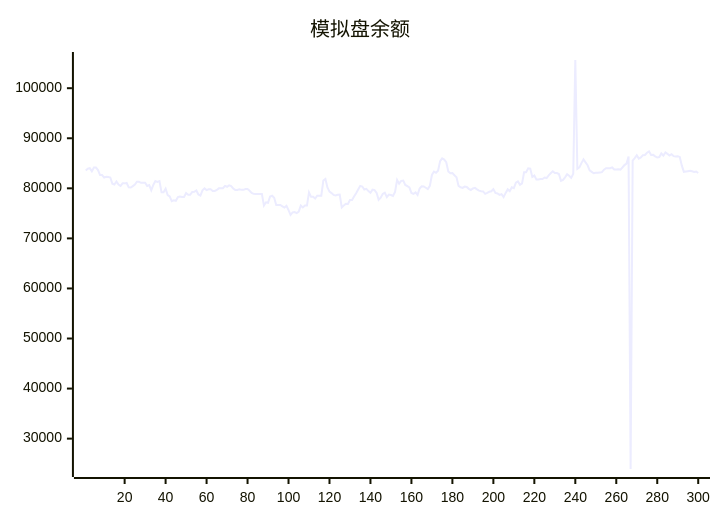
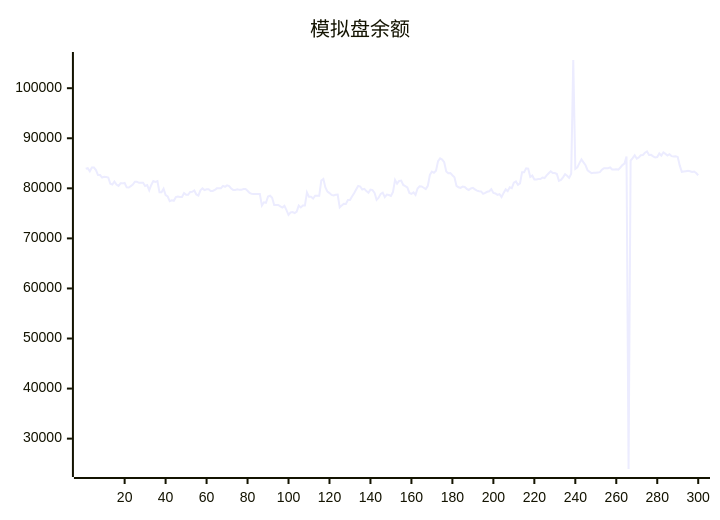
One commit to aahl/ai-trading changed the diagram in README.md. Above: the diagram before and after it, drawn with Mermaid. The commit also changed other lines of this file and 1 other file, not shown here.

````diff
--- a/README.md
+++ b/README.md
@@ -5,5 +5,5 @@
 ```mermaid
 xychart
     title "模拟盘余额"
-    line [83579,83920,84037,83402,84160,84142,83652,82655,82655,82145,82315,82243,82163,80934,80770,81371,80742,80468,80989,80989,81067,80191,80155,80450,80737,81309,81309,81106,81119,81119,80471,80631,79624,80670,81448,81290,81429,79212,79222,79940,78643,78380,77432,77623,77504,78235,78358,78284,78277,79048,78714,78714,79290,79308,79567,78763,78563,79603,79988,79652,79813,79813,79476,79469,79673,79995,80015,80015,80486,80314,80600,80436,79966,79689,79689,79819,79692,79692,79850,79850,79518,79071,78889,78850,78850,78878,78878,76554,77202,77103,78357,78510,78106,76678,76677,76672,76411,76159,76485,75656,74695,75197,75246,75052,75334,76564,76179,76553,76551,79196,78300,78300,77944,78531,78531,78521,81564,81884,80160,79335,79055,78675,78580,78708,78764,76179,76586,76902,76876,77658,77669,78346,79023,79769,80497,80366,79761,79896,79448,79126,79749,79658,79097,77695,78114,78888,79126,78249,78738,78653,78478,79271,81680,80923,81488,81527,80681,80455,80190,79084,78879,79193,78686,79954,80403,80374,80118,79848,80491,82665,83351,83098,83525,85430,85983,85737,85221,83378,83014,83043,82613,82216,80477,80208,80081,80348,80277,79894,79670,79965,80093,79786,79542,79406,79371,78893,79087,79304,79406,79841,79072,78978,78696,78846,78272,79085,79787,79442,80198,80031,81120,81379,80718,80985,83214,83212,83993,83921,82270,82547,81776,81776,81866,81866,82158,82061,82596,83000,83408,83041,83050,82858,81503,81691,82188,82812,82517,82092,82901,105633,83898,84180,85030,85781,85178,84604,83569,83298,83008,83093,83107,83175,83228,83729,84025,84017,84019,84177,83775,83762,83785,83738,84160,84639,84939,86370,23934,85548,86046,86599,85942,86161,86622,86664,87115,87369,86666,86685,86384,86152,86243,86969,86548,87164,86885,86566,86809,86427,86348,86417,86273,84538,83299,83369,83430,83490,83404,83270,83362,83056]
+    line [83920,84037,83402,84160,84142,83652,82655,82655,82145,82315,82243,82163,80934,80770,81371,80742,80468,80989,80989,81067,80191,80155,80450,80737,81309,81309,81106,81119,81119,80471,80631,79624,80670,81448,81290,81429,79212,79222,79940,78643,78380,77432,77623,77504,78235,78358,78284,78277,79048,78714,78714,79290,79308,79567,78763,78563,79603,79988,79652,79813,79813,79476,79469,79673,79995,80015,80015,80486,80314,80600,80436,79966,79689,79689,79819,79692,79692,79850,79850,79518,79071,78889,78850,78850,78878,78878,76554,77202,77103,78357,78510,78106,76678,76677,76672,76411,76159,76485,75656,74695,75197,75246,75052,75334,76564,76179,76553,76551,79196,78300,78300,77944,78531,78531,78521,81564,81884,80160,79335,79055,78675,78580,78708,78764,76179,76586,76902,76876,77658,77669,78346,79023,79769,80497,80366,79761,79896,79448,79126,79749,79658,79097,77695,78114,78888,79126,78249,78738,78653,78478,79271,81680,80923,81488,81527,80681,80455,80190,79084,78879,79193,78686,79954,80403,80374,80118,79848,80491,82665,83351,83098,83525,85430,85983,85737,85221,83378,83014,83043,82613,82216,80477,80208,80081,80348,80277,79894,79670,79965,80093,79786,79542,79406,79371,78893,79087,79304,79406,79841,79072,78978,78696,78846,78272,79085,79787,79442,80198,80031,81120,81379,80718,80985,83214,83212,83993,83921,82270,82547,81776,81776,81866,81866,82158,82061,82596,83000,83408,83041,83050,82858,81503,81691,82188,82812,82517,82092,82901,105633,83898,84180,85030,85781,85178,84604,83569,83298,83008,83093,83107,83175,83228,83729,84025,84017,84019,84177,83775,83762,83785,83738,84160,84639,84939,86370,23934,85548,86046,86599,85942,86161,86622,86664,87115,87369,86666,86685,86384,86152,86243,86969,86548,87164,86885,86566,86809,86427,86348,86417,86273,84538,83299,83369,83430,83490,83404,83270,83362,83056,82605]
 ```
````
